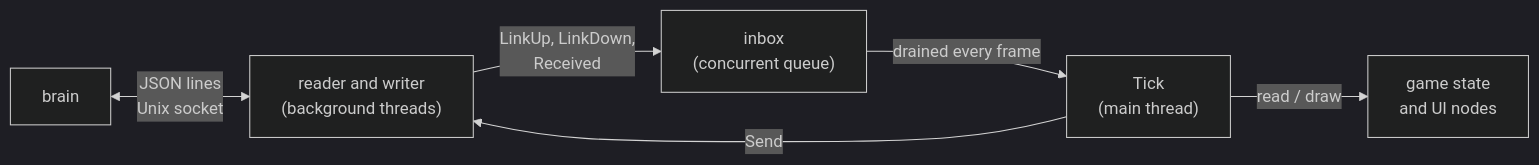
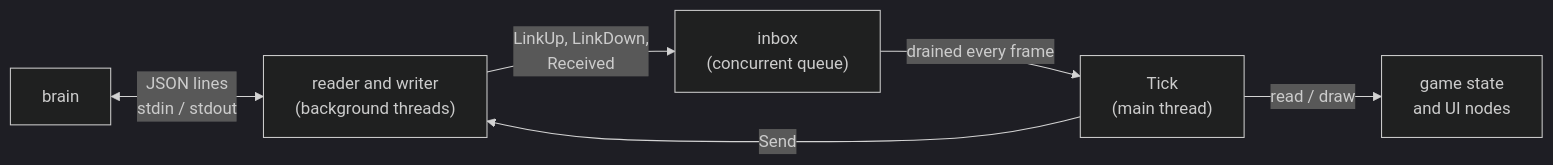
The diagram in docs/src/content/docs/en/arch/mod/loop.mdx (shinnku-nikaidou/spire-zero), drawn with Mermaid (dark theme) before and after one commit. The commit also changed other lines of this file and 164 other files, not shown here.

````diff
--- a/docs/src/content/docs/en/arch/mod/loop.mdx
+++ b/docs/src/content/docs/en/arch/mod/loop.mdx
@@ -19,8 +19,8 @@
 ```mermaid
 flowchart LR
-  H["brain"] <-->|"JSON lines<br/>Unix socket"| S["reader and writer<br/>(background threads)"]
+  H["brain"] <-->|"JSON lines<br/>stdin / stdout"| S["reader and writer<br/>(background threads)"]
   S -->|"LinkUp, LinkDown,<br/>Received"| Q["inbox<br/>(concurrent queue)"]
   Q -->|"drained every frame"| T["Tick<br/>(main thread)"]
   T -->|"read / draw"| G["game state<br/>and UI nodes"]
   T -->|"Send"| S
 ```
````
